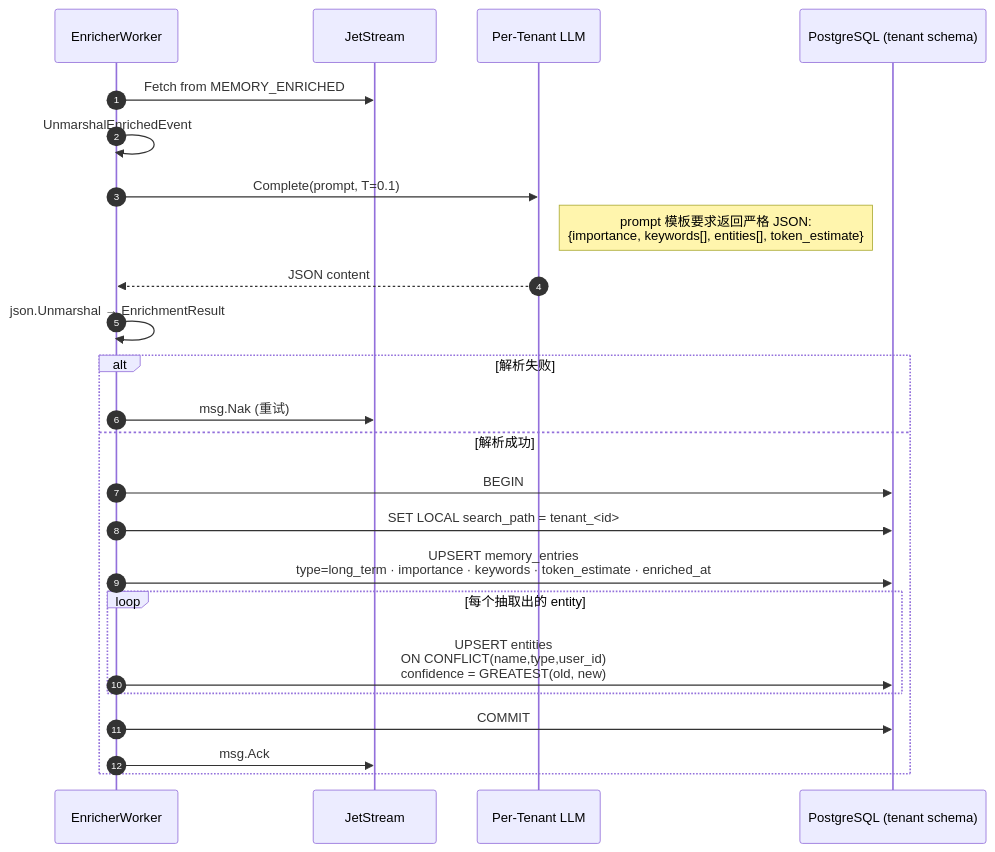
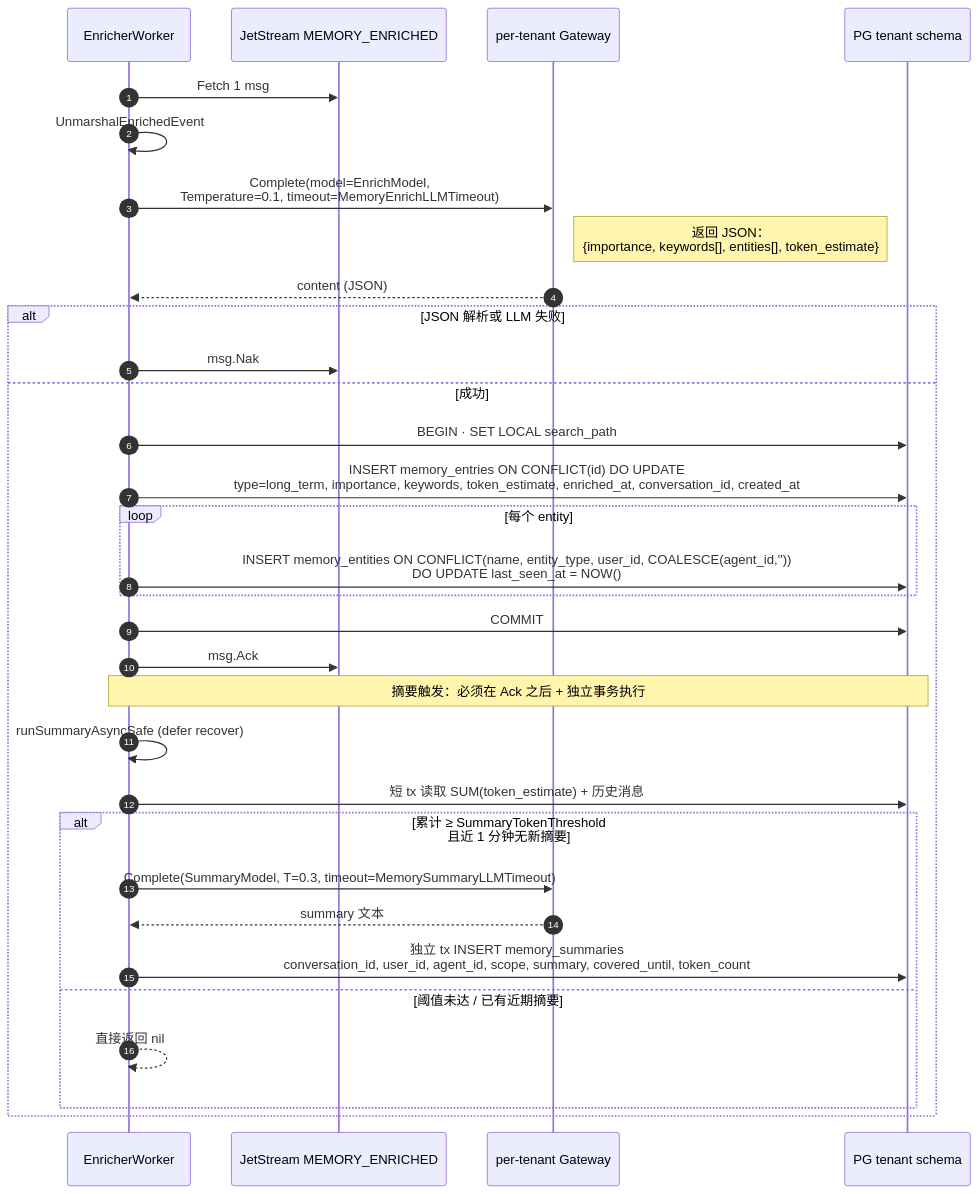
Diagram 15 of 23 in docs/agent/agent-chat-flow.md (ArchChuan/Stratum), drawn with Mermaid before and after one commit. The commit also changed other lines of this file and 198 other files, not shown here.

````diff
--- a/docs/agent/agent-chat-flow.md
+++ b/docs/agent/agent-chat-flow.md
@@ -610,30 +652,36 @@
 ```mermaid
 sequenceDiagram
     autonumber
-    participant Worker as EnricherWorker
-    participant JS as JetStream
-    participant LLM as Per-Tenant LLM
-    participant DB as PostgreSQL (tenant schema)
+    participant W as EnricherWorker
+    participant JS as JetStream MEMORY_ENRICHED
+    participant LLM as per-tenant Gateway
+    participant DB as PG tenant schema
 
-    Worker->>JS: Fetch from MEMORY_ENRICHED
-    Worker->>Worker: UnmarshalEnrichedEvent
+    W->>JS: Fetch 1 msg
+    W->>W: UnmarshalEnrichedEvent
+    W->>LLM: Complete(model=EnrichModel,<br/>Temperature=0.1, timeout=MemoryEnrichLLMTimeout)
+    Note right of LLM: 返回 JSON：<br/>{importance, keywords[], entities[], token_estimate}
+    LLM-->>W: content (JSON)
+    alt JSON 解析或 LLM 失败
+        W->>JS: msg.Nak
+    else 成功
+        W->>DB: BEGIN · SET LOCAL search_path
+        W->>DB: INSERT memory_entries ON CONFLICT(id) DO UPDATE<br/>type=long_term, importance, keywords, token_estimate, enriched_at, conversation_id, created_at
+        loop 每个 entity
+            W->>DB: INSERT memory_entities ON CONFLICT(name, entity_type, user_id, COALESCE(agent_id,''))<br/>DO UPDATE last_seen_at = NOW()
+        end
+        W->>DB: COMMIT
+        W->>JS: msg.Ack
 
-    Worker->>LLM: Complete(prompt, T=0.1)
-    Note right of LLM: prompt 模板要求返回严格 JSON:<br/>{importance, keywords[], entities[], token_estimate}
-
-    LLM-->>Worker: JSON content
-    Worker->>Worker: json.Unmarshal → EnrichmentResult
-
-    alt 解析失败
-        Worker->>JS: msg.Nak (重试)
-    else 解析成功
-        Worker->>DB: BEGIN
-        Worker->>DB: SET LOCAL search_path = tenant_<id>
-        Worker->>DB: UPSERT memory_entries<br/>type=long_term · importance · keywords · token_estimate · enriched_at
-        loop 每个抽取出的 entity
-            Worker->>DB: UPSERT entities<br/>ON CONFLICT(name,type,user_id)<br/>confidence = GREATEST(old, new)
+        Note over W,DB: 摘要触发：必须在 Ack 之后 + 独立事务执行
+        W->>W: runSummaryAsyncSafe (defer recover)
+        W->>DB: 短 tx 读取 SUM(token_estimate) + 历史消息
+        alt 累计 ≥ SummaryTokenThreshold<br/>且近 1 分钟无新摘要
+            W->>LLM: Complete(SummaryModel, T=0.3, timeout=MemorySummaryLLMTimeout)
+            LLM-->>W: summary 文本
+            W->>DB: 独立 tx INSERT memory_summaries<br/>conversation_id, user_id, agent_id, scope, summary, covered_until, token_count
+        else 阈值未达 / 已有近期摘要
+            W-->>W: 直接返回 nil
         end
-        Worker->>DB: COMMIT
-        Worker->>JS: msg.Ack
     end
 ```
````
